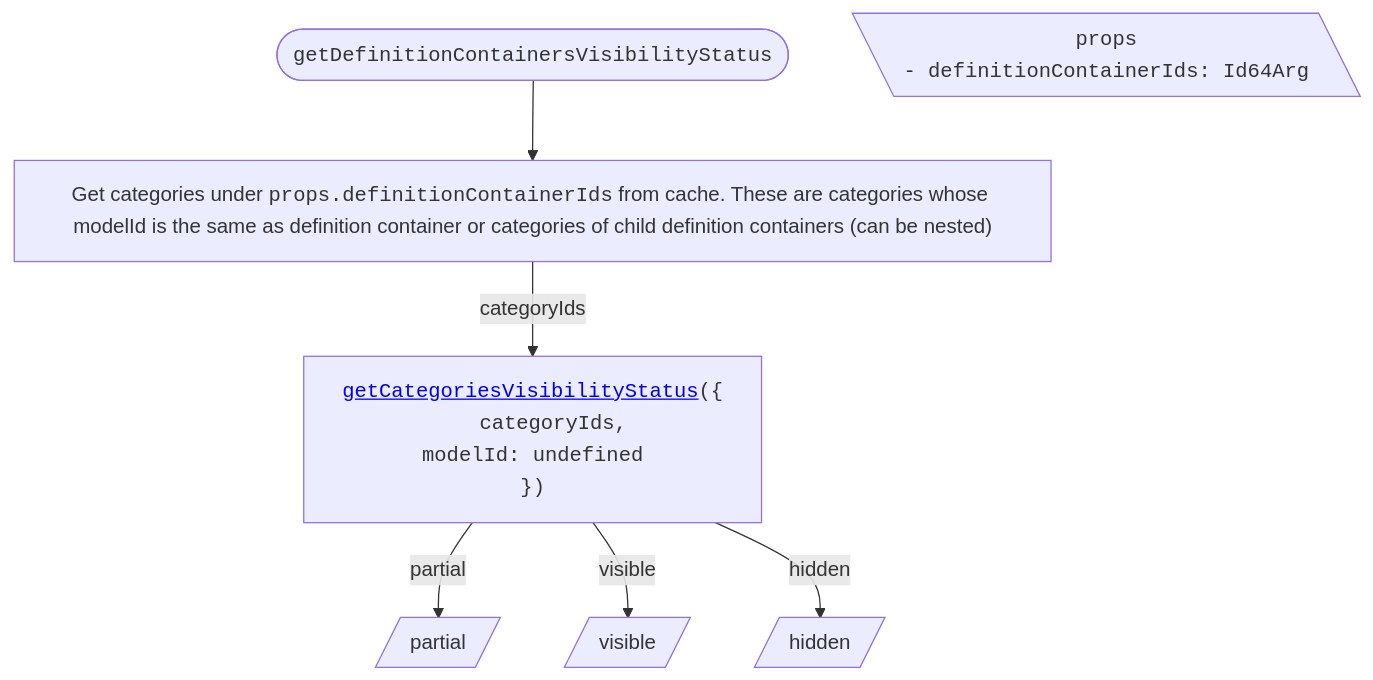
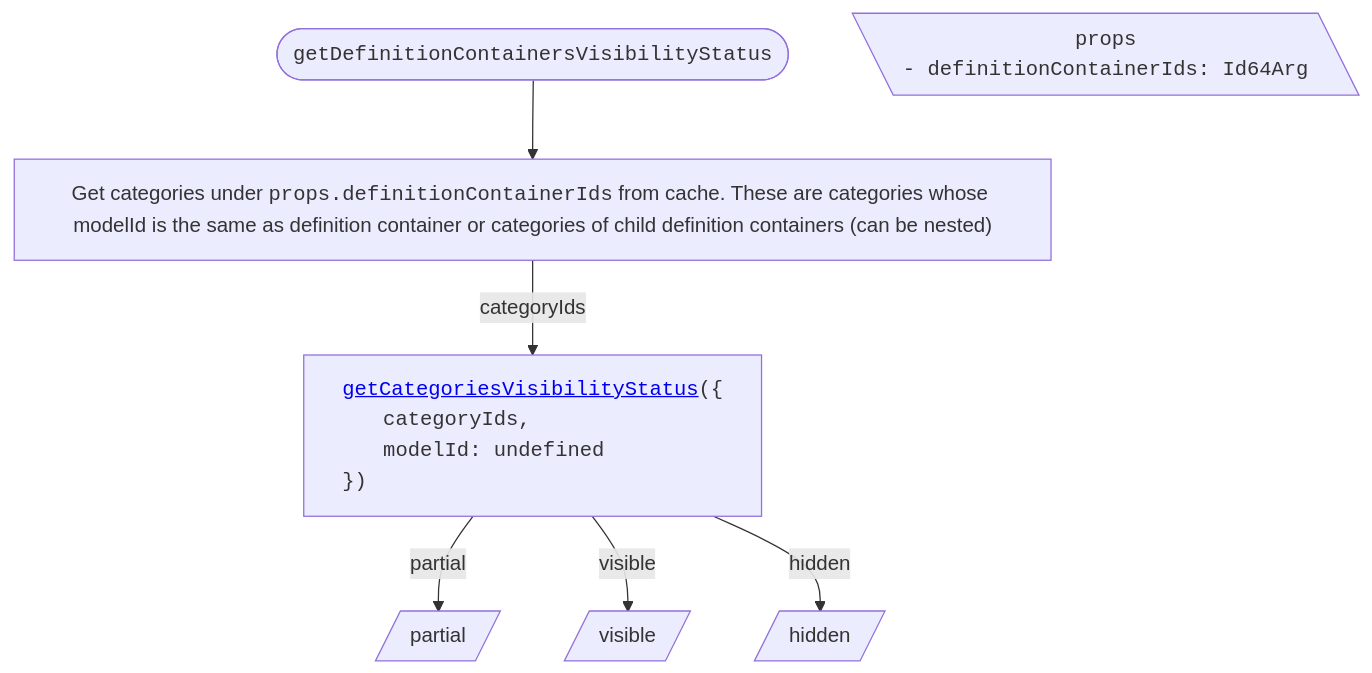
Before and after one commit to iTwin/viewer-components-react: the first of 4 diagrams in packages/itwin/tree-widget/docs/CategoriesTreeVisibilityHandling.md, drawn with Mermaid. The commit also changed other lines of this file and 3 other files, not shown here.

````diff
--- a/packages/itwin/tree-widget/docs/CategoriesTreeVisibilityHandling.md
+++ b/packages/itwin/tree-widget/docs/CategoriesTreeVisibilityHandling.md
@@ -28,31 +28,31 @@
 ```mermaid
 ---
 config:
   flowchart:
     wrappingWidth: 750
     useMaxWidth: false
 ---
 
 flowchart TD
   RESULT_Partial[/partial/]
   RESULT_Visible[/visible/]
   RESULT_Hidden[/hidden/]
 
   %% Start
   TITLE(["<code>getDefinitionContainersVisibilityStatus</code>"]) --> A["Get categories under <code>props.definitionContainerIds</code> from cache. These are categories whose modelId is the same as definition container or categories of child definition containers (can be nested)"]
 
   PROPS[\"
     <code>props</code>
-    <code style='text-align: left;'>- definitionContainerIds: Id64Arg</code>
+    <code style='display: block; text-align: left;'>- definitionContainerIds: Id64Arg</code>
   "\]
 
-  A -- categoryIds --> B["<code style='text-align: left;'><a href='./SharedVisibilityHandling.md#getcategoriesvisibilitystatus'>getCategoriesVisibilityStatus</a>({
-    <code style='padding-left: 2rem'>categoryIds,
-    modelId: undefined</code>
+  A -- categoryIds --> B["<code style='display: block; text-align: left;'><a href='./SharedVisibilityHandling.md#getcategoriesvisibilitystatus'>getCategoriesVisibilityStatus</a>({
+    <code style='padding-left: 2rem'>categoryIds,</code>
+    <code style='padding-left: 2rem'>modelId: undefined</code>
   })</code>"]
 
   %% Results
   B -- partial --> RESULT_Partial
   B -- visible --> RESULT_Visible
   B -- hidden --> RESULT_Hidden
 ```
````
